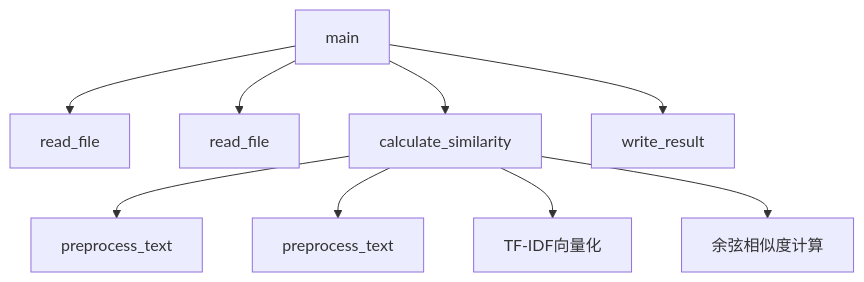
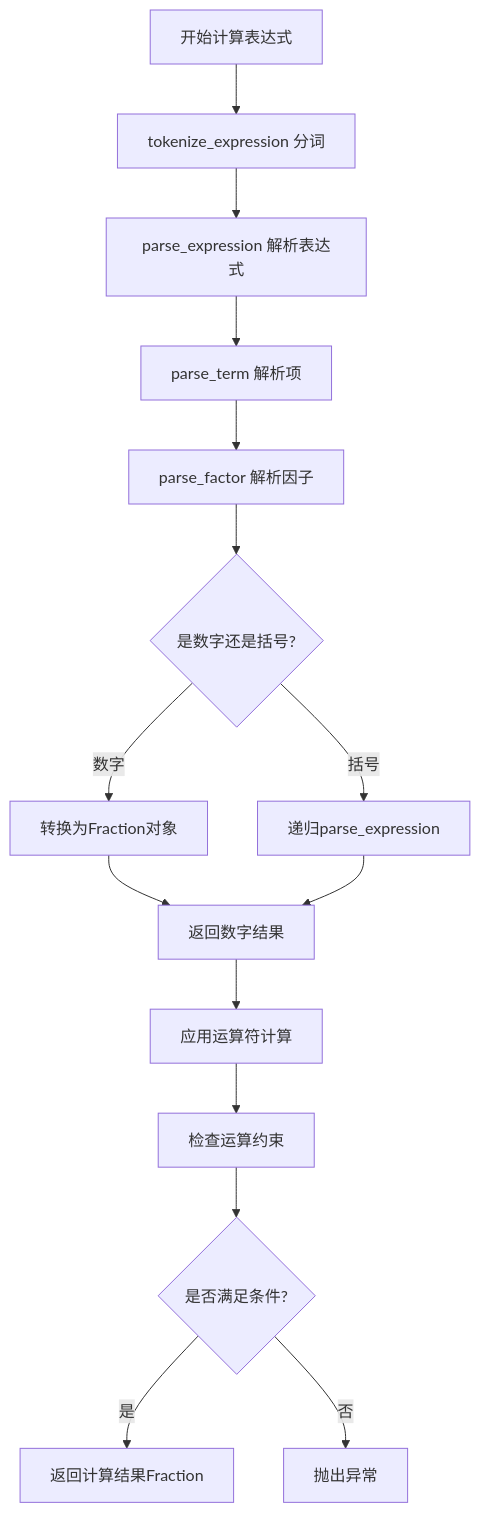
One commit to chendongkai2004/homework-work changed the diagram in README.md. Above: the diagram before and after it, drawn with Mermaid. The commit also changed other lines of this file, not shown here.

````diff
--- a/README.md
+++ b/README.md
@@ -50,11 +298,17 @@
 ```mermaid
 graph TD
-    A[main] --> B[read_file]
-    A --> C[read_file]
-    A --> D[calculate_similarity]
-    D --> E[preprocess_text]
-    D --> F[preprocess_text]
-    D --> G[TF-IDF向量化]
-    D --> H[余弦相似度计算]
-    A --> I[write_result]
+    A[开始计算表达式] --> B[tokenize_expression 分词]
+    B --> C[parse_expression 解析表达式]
+    C --> D[parse_term 解析项]
+    D --> E[parse_factor 解析因子]
+    E --> F{是数字还是括号?}
+    F -->|数字| G[转换为Fraction对象]
+    F -->|括号| H[递归parse_expression]
+    G --> I[返回数字结果]
+    H --> I
+    I --> J[应用运算符计算]
+    J --> K[检查运算约束]
+    K --> L{是否满足条件?}
+    L -->|是| M[返回计算结果Fraction]
+    L -->|否| N[抛出异常]
 ```
````
